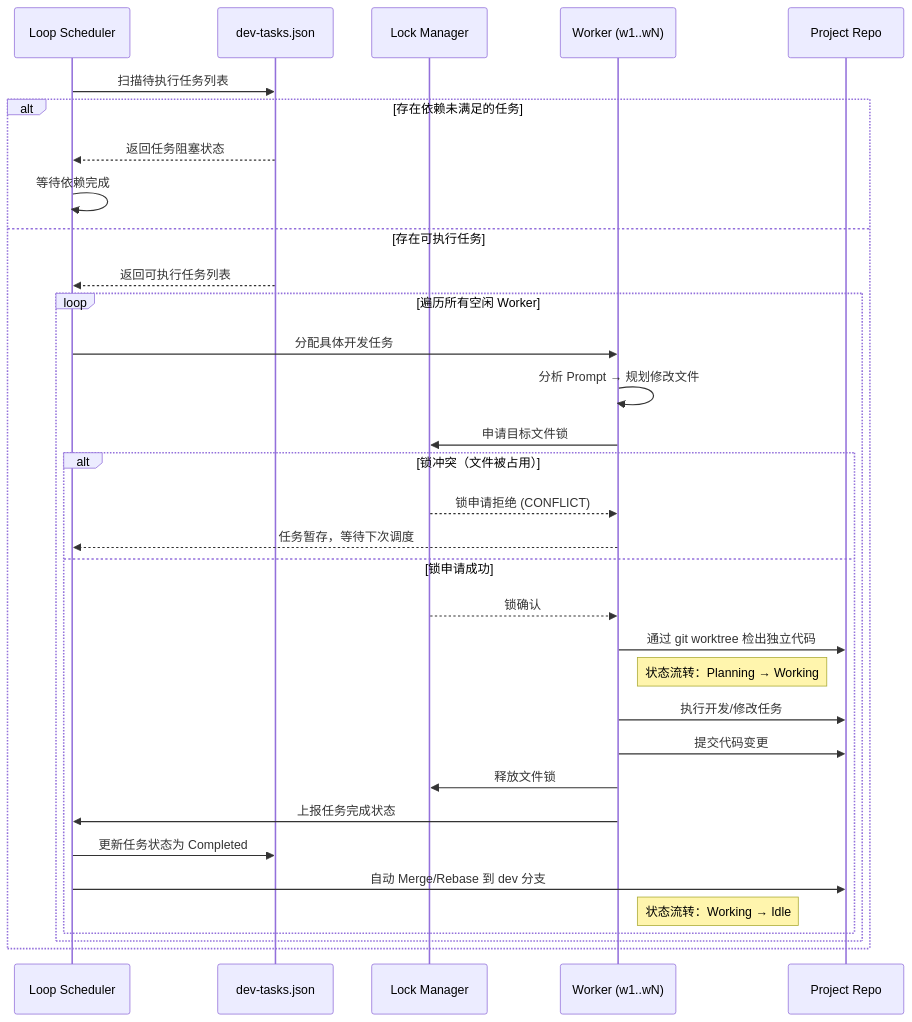
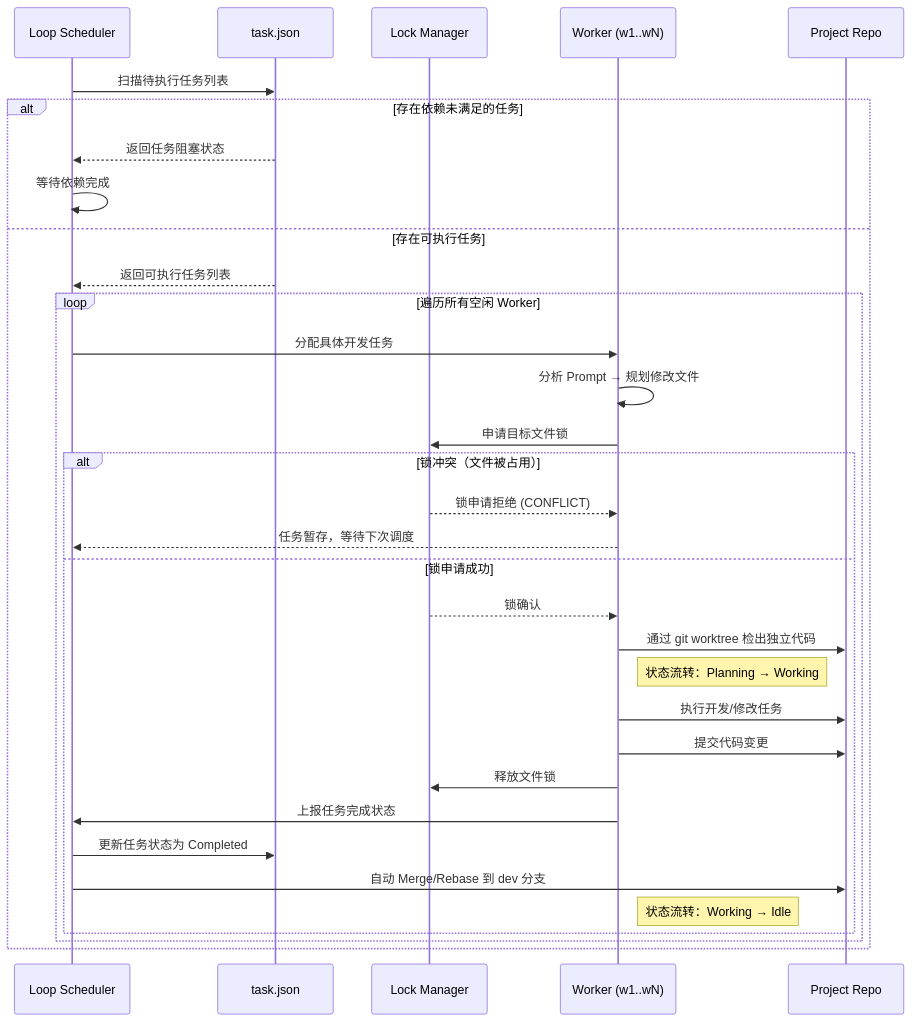
Before and after one commit to douzhongdou/liannu: the second of 2 diagrams in README.PLUS.md, drawn with Mermaid. The commit also changed other lines of this file and 18 other files, not shown here.

````diff
--- a/README.PLUS.md
+++ b/README.PLUS.md
@@ -162,36 +162,36 @@
 ```mermaid
 sequenceDiagram
     participant L as Loop Scheduler
-    participant T as dev-tasks.json
+    participant T as task.json
     participant K as Lock Manager
     participant W as Worker (w1..wN)
     participant P as Project Repo
     
     L->>T: 扫描待执行任务列表
     alt 存在依赖未满足的任务
         T-->>L: 返回任务阻塞状态
         L->>L: 等待依赖完成
     else 存在可执行任务
         T-->>L: 返回可执行任务列表
         loop 遍历所有空闲 Worker
             L->>W: 分配具体开发任务
             W->>W: 分析 Prompt → 规划修改文件
             W->>K: 申请目标文件锁
             alt 锁冲突（文件被占用）
                 K-->>W: 锁申请拒绝 (CONFLICT)
                 W-->>L: 任务暂存，等待下次调度
             else 锁申请成功
                 K-->>W: 锁确认
                 W->>P: 通过 git worktree 检出独立代码
                 Note right of W: 状态流转：Planning → Working
                 W->>P: 执行开发/修改任务
                 W->>P: 提交代码变更
                 W->>K: 释放文件锁
                 W->>L: 上报任务完成状态
                 L->>T: 更新任务状态为 Completed
                 L->>P: 自动 Merge/Rebase 到 dev 分支
                 Note right of W: 状态流转：Working → Idle
             end
         end
     end
 ```
````
